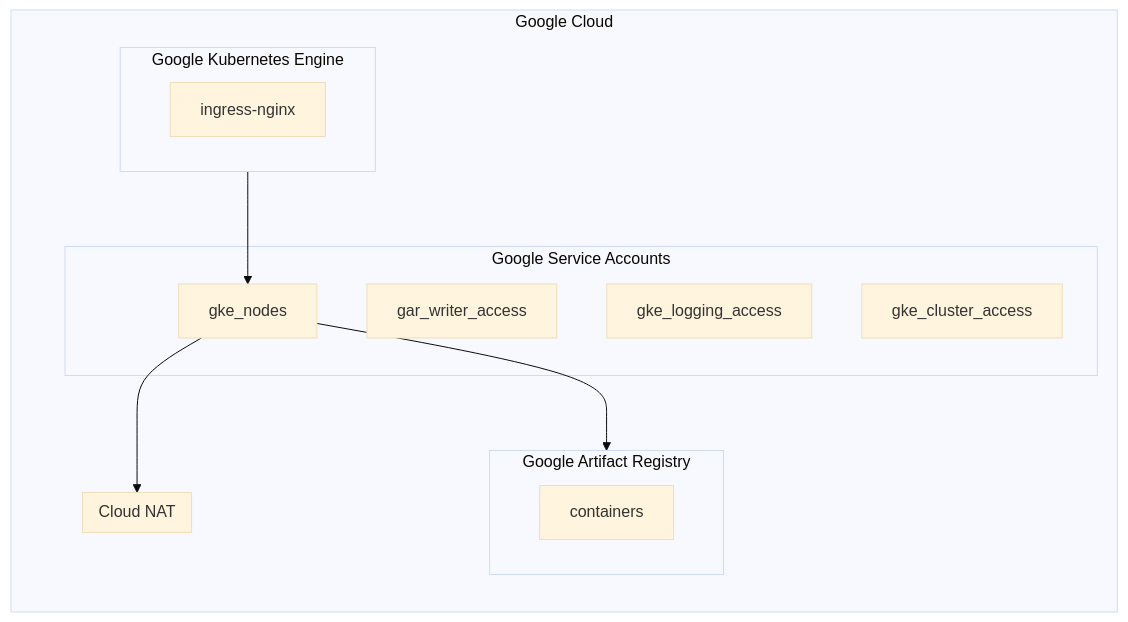
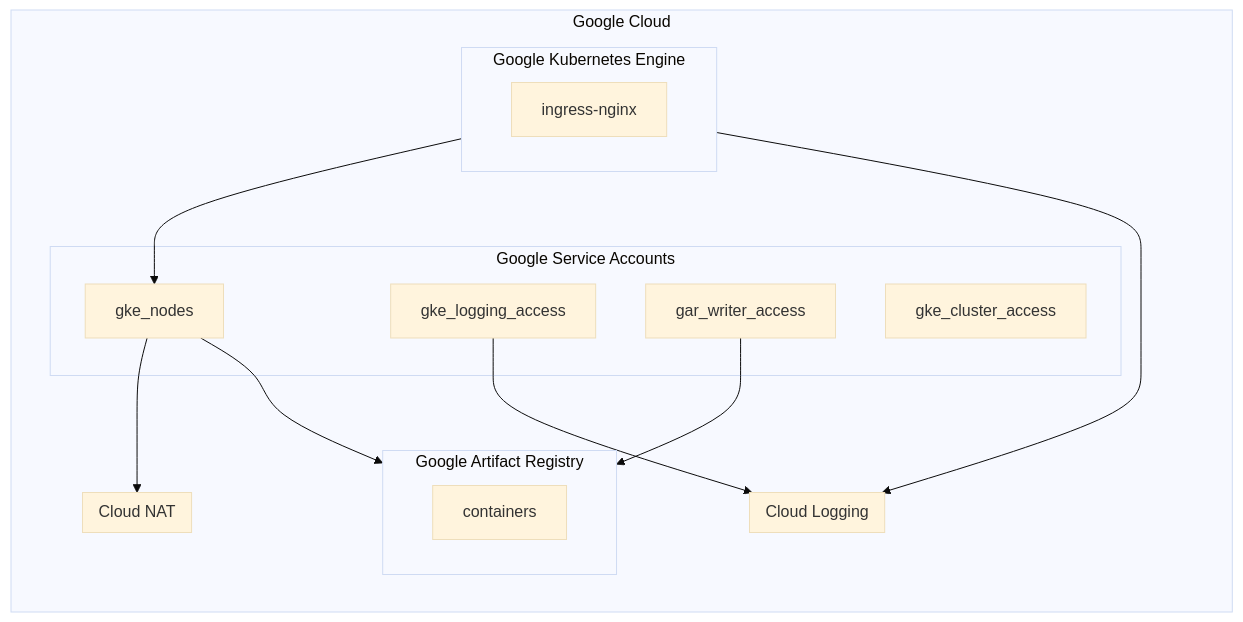
The second of 3 diagrams in README.md (TEST-ACCOUNT-APURV/redis-test), drawn with Mermaid (base theme) before and after one commit.

Commit message:
Update Google Cloud graph

````diff
--- a/README.md
+++ b/README.md
@@ -34,22 +34,27 @@
 ```mermaid
 flowchart LR
   subgraph Google Cloud
     subgraph gke [Google Kubernetes Engine]
       ingress-nginx
     end
     subgraph gar [Google Artifact Registry]
       containers
     end
     subgraph cloud-nat [Cloud NAT]
     end
+    subgraph cloud-logging [Cloud Logging]
+    end
     subgraph Google Service Accounts
       gke_nodes
       gar_writer_access
       gke_logging_access
       gke_cluster_access
     end
     gke-->gke_nodes
     gke_nodes-->cloud-nat
     gke_nodes-->gar
+    gke_logging_access-->cloud-logging
+    gke-->cloud-logging
+    gar_writer_access-->gar
   end
 ```
````
